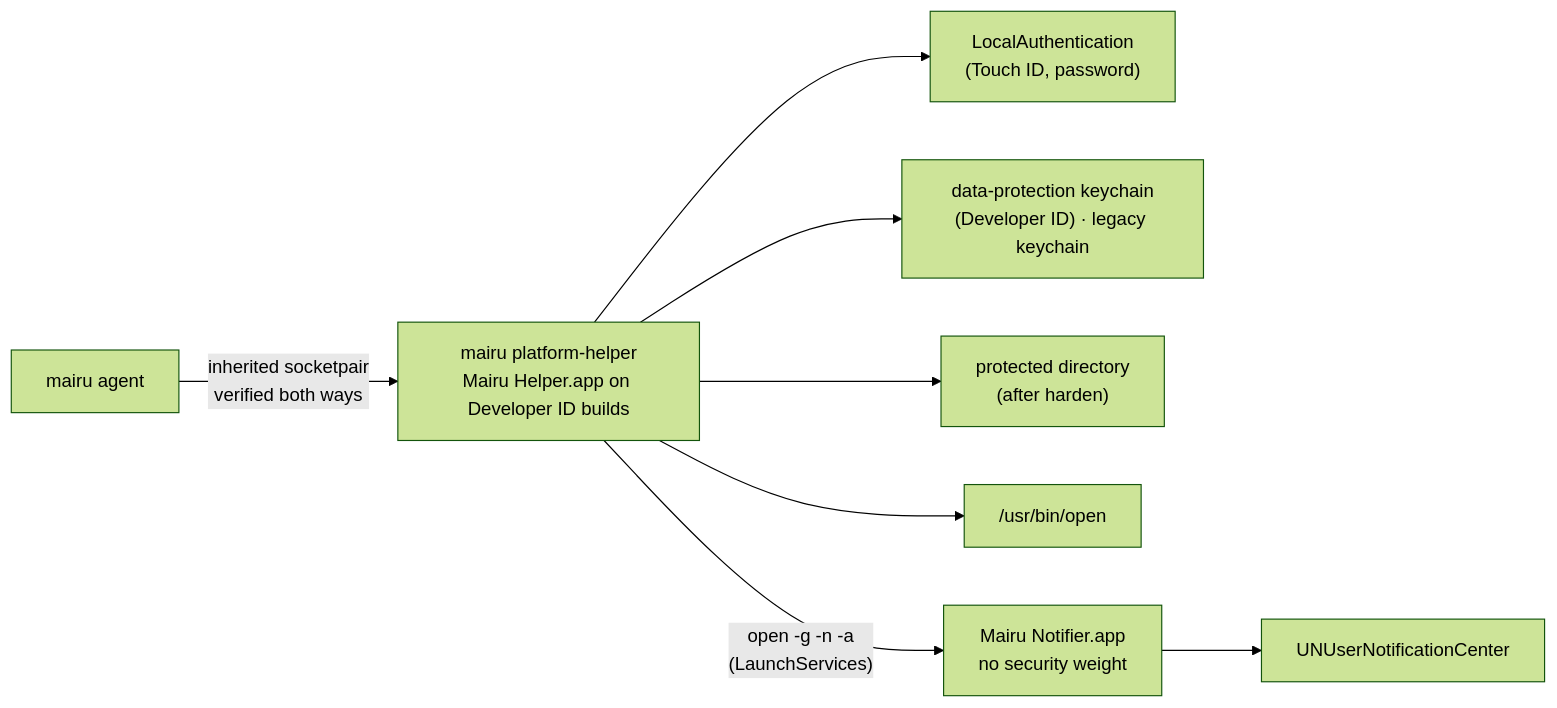
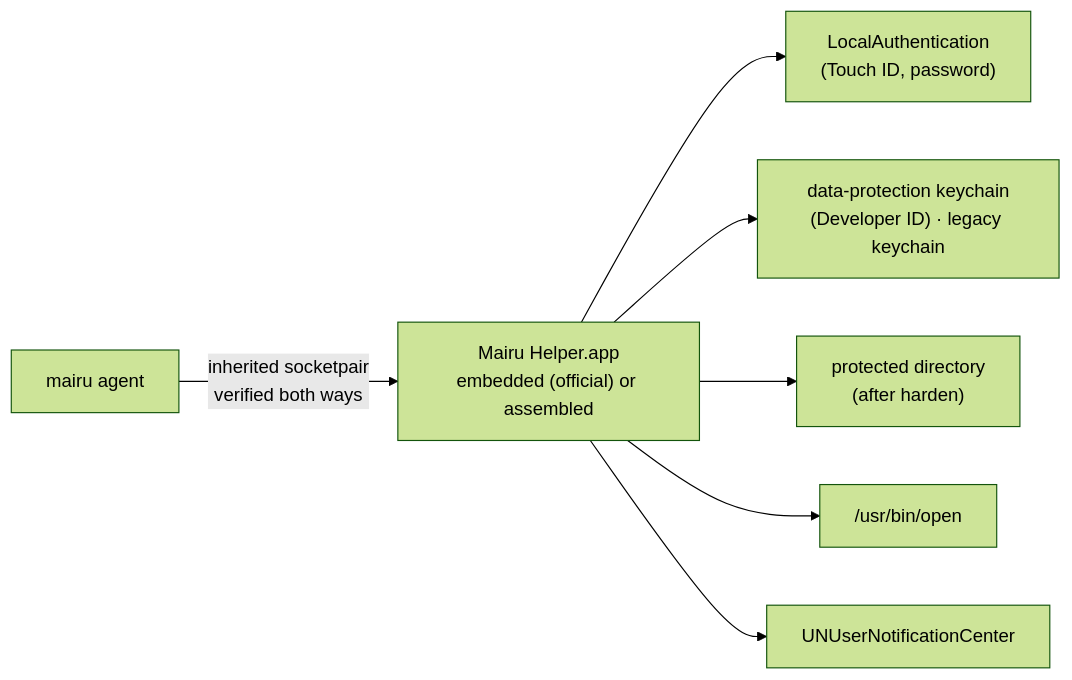
The fifth of 5 diagrams in docs/specs/platform-helper.md (sorah/mairu), drawn with Mermaid (forest theme) before and after one commit. The commit also changed other lines of this file and 1 other file, not shown here.

First line of the commit message:
docs/specs: post macOS notifications from the helper bundle

````diff
--- a/docs/specs/platform-helper.md
+++ b/docs/specs/platform-helper.md
@@ -659,10 +667,9 @@
 ```mermaid
 flowchart LR
-  A["mairu agent"] -- "inherited socketpair<br/>verified both ways" --> H["mairu platform-helper<br/>Mairu Helper.app on Developer ID builds"]
+  A["mairu agent"] -- "inherited socketpair<br/>verified both ways" --> H["Mairu Helper.app<br/>embedded (official) or assembled"]
   H --> LA["LocalAuthentication<br/>(Touch ID, password)"]
   H --> KC["data-protection keychain<br/>(Developer ID) · legacy keychain"]
   H --> PD["protected directory<br/>(after harden)"]
   H --> OP["/usr/bin/open"]
-  H -- "open -g -n -a<br/>(LaunchServices)" --> N["Mairu Notifier.app<br/>no security weight"]
-  N --> UN["UNUserNotificationCenter"]
+  H --> UN["UNUserNotificationCenter"]
 ```
````
